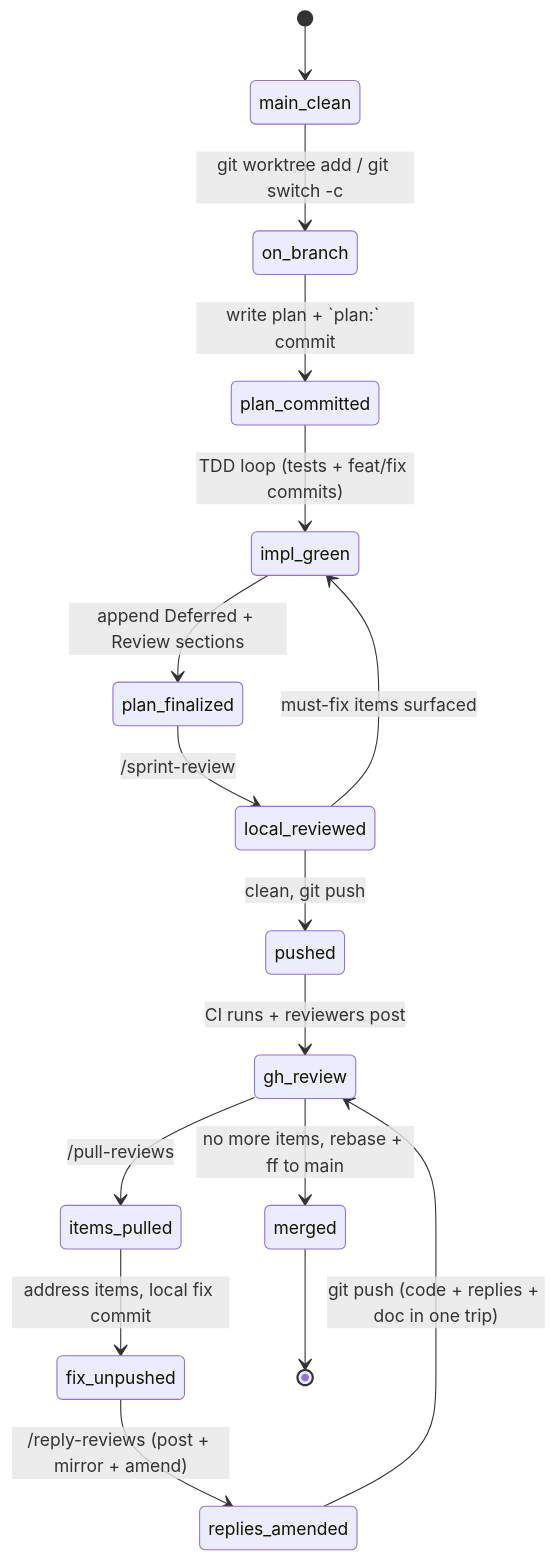
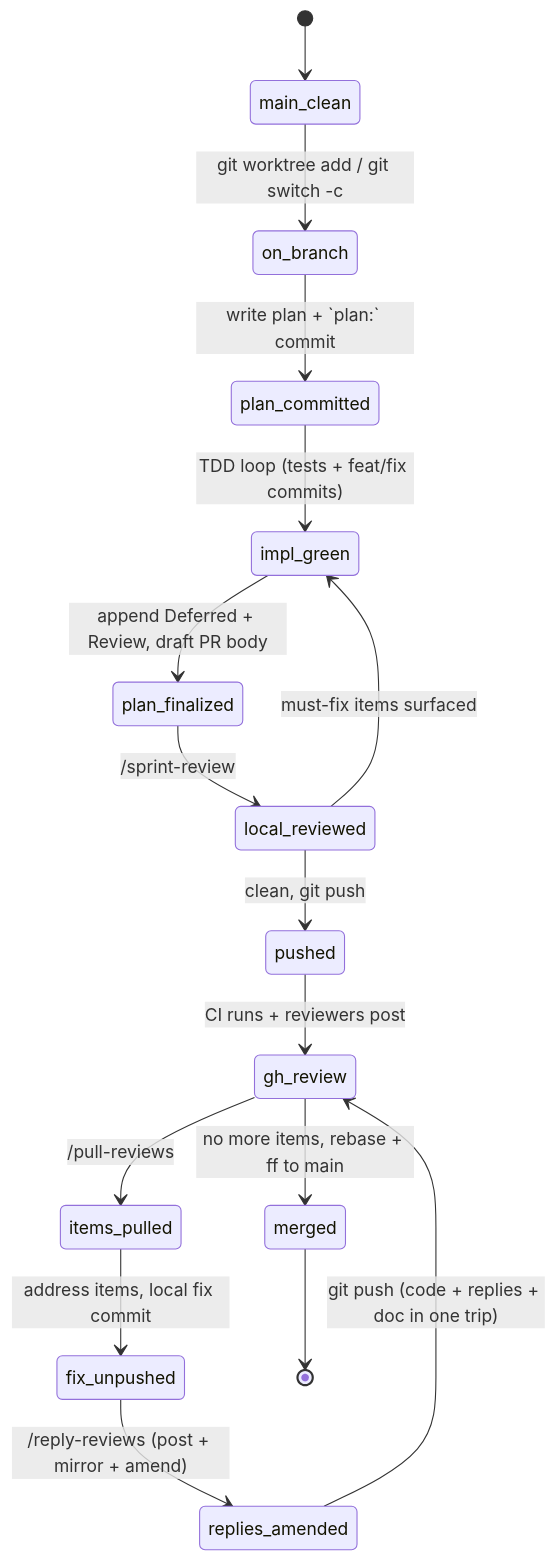
Before and after one commit to cmk/template-rust: the diagram in README.md, drawn with Mermaid. The commit also changed 4 other files, not shown here.

````diff
--- a/README.md
+++ b/README.md
@@ -40,18 +40,18 @@
 ```mermaid
 stateDiagram-v2
     [*] --> main_clean
     main_clean --> on_branch: git worktree add / git switch -c
     on_branch --> plan_committed: write plan + `plan:` commit
     plan_committed --> impl_green: TDD loop (tests + feat/fix commits)
-    impl_green --> plan_finalized: append Deferred + Review sections
+    impl_green --> plan_finalized: append Deferred + Review, draft PR body
     plan_finalized --> local_reviewed: /sprint-review
     local_reviewed --> impl_green: must-fix items surfaced
     local_reviewed --> pushed: clean, git push
     pushed --> gh_review: CI runs + reviewers post
     gh_review --> items_pulled: /pull-reviews
     items_pulled --> fix_unpushed: address items, local fix commit
     fix_unpushed --> replies_amended: /reply-reviews (post + mirror + amend)
     replies_amended --> gh_review: git push (code + replies + doc in one trip)
     gh_review --> merged: no more items, rebase + ff to main
     merged --> [*]
 ```
````
